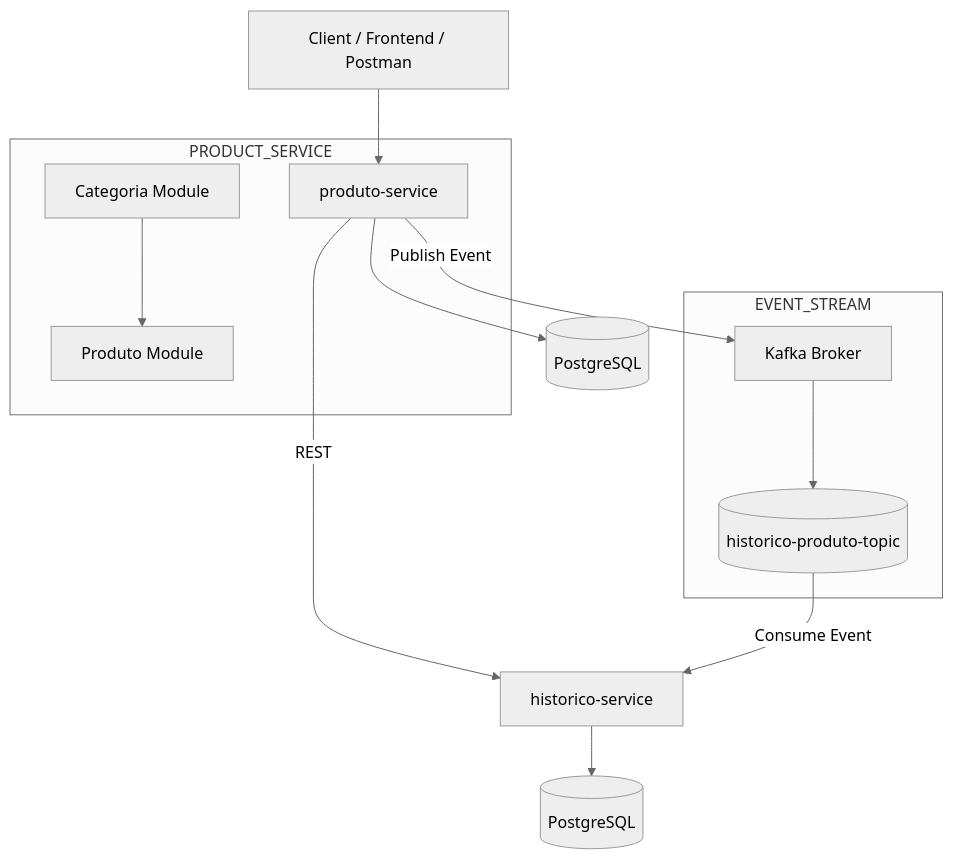
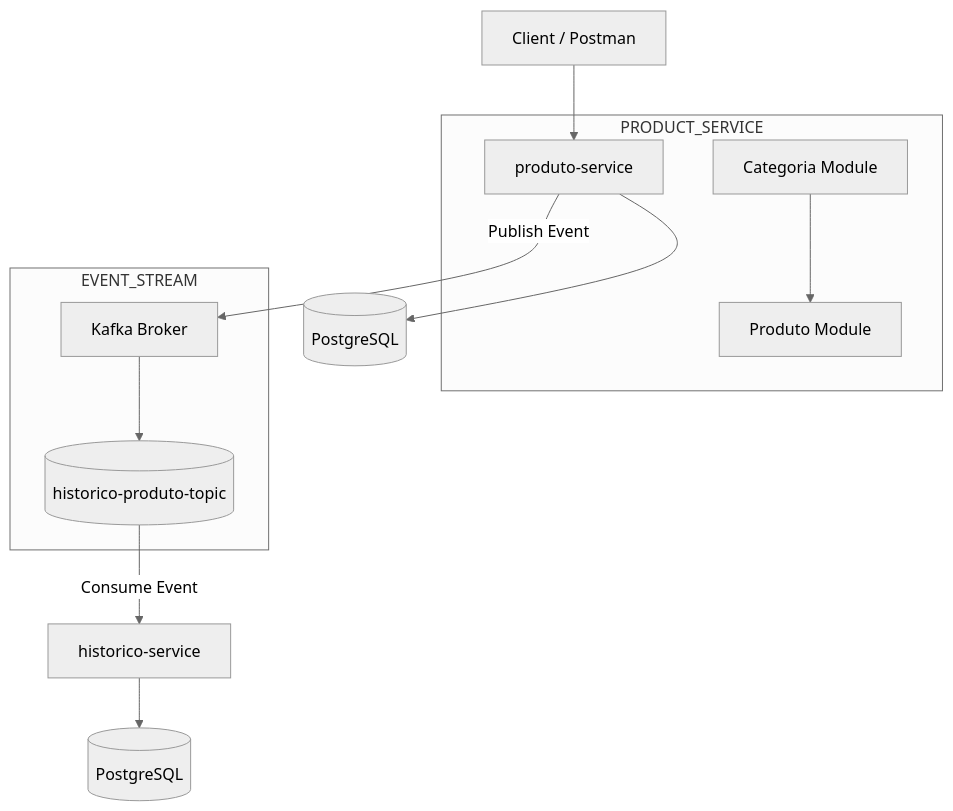
One commit to SilvioVieiraFilho/inventory-microservices changed the diagram in README.md. Above: the diagram before and after it, drawn with Mermaid (neutral theme). The commit also changed other lines of this file and 45 other files, not shown here.

````diff
--- a/README.md
+++ b/README.md
@@ -47,38 +36,30 @@
 ```mermaid
 flowchart TB
 
-CLIENT[Client / Frontend / Postman]
+CLIENT[Client / Postman]
 
 subgraph PRODUCT_SERVICE
     PROD[produto-service]
-
     CAT[Categoria Module]
     PRODUCT[Produto Module]
 
     CAT --> PRODUCT
 end
 
 subgraph EVENT_STREAM
     KAFKA[Kafka Broker]
     TOPIC[(historico-produto-topic)]
 end
 
 HIST[historico-service]
 
 DB1[(PostgreSQL)]
 DB2[(PostgreSQL)]
 
 CLIENT --> PROD
-
 PROD --> DB1
-
-PROD -->|REST| HIST
-
 PROD -->|Publish Event| KAFKA
-
 KAFKA --> TOPIC
-
 TOPIC -->|Consume Event| HIST
-
 HIST --> DB2
 ```
````
